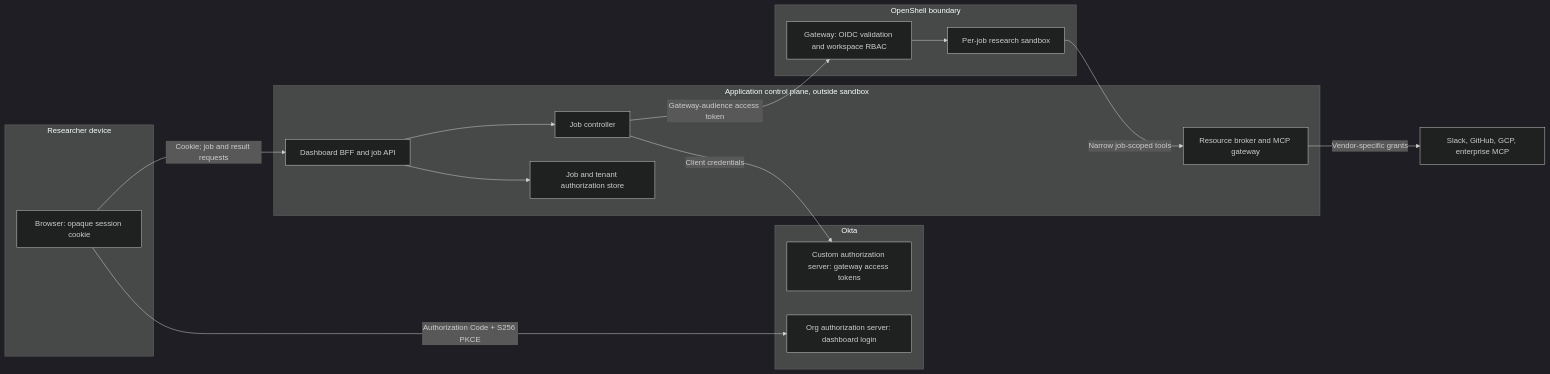
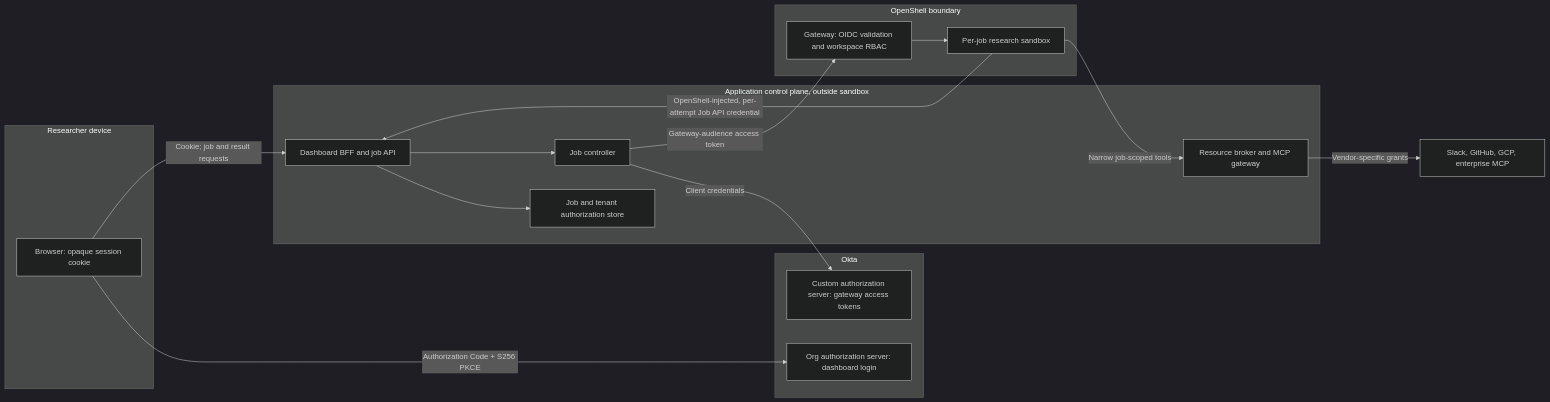
One commit to gvaibhav/openshell-deep-research-platform changed the first of 9 diagrams in docs/okta/requirements-and-design.md. Above: the diagram before and after it, drawn with Mermaid (dark theme). The commit also changed other lines of this file and 48 other files, not shown here.

````diff
--- a/docs/okta/requirements-and-design.md
+++ b/docs/okta/requirements-and-design.md
@@ -15,29 +15,30 @@
 ```mermaid
 flowchart LR
     subgraph UserDevice["Researcher device"]
       Browser["Browser: opaque session cookie"]
     end
     subgraph Control["Application control plane, outside sandbox"]
       BFF["Dashboard BFF and job API"]
       Controller["Job controller"]
       Broker["Resource broker and MCP gateway"]
       Store["Job and tenant authorization store"]
     end
     subgraph Identity["Okta"]
       LoginAS["Org authorization server: dashboard login"]
       GatewayAS["Custom authorization server: gateway access tokens"]
     end
     subgraph OpenShell["OpenShell boundary"]
       Gateway["Gateway: OIDC validation and workspace RBAC"]
       Sandbox["Per-job research sandbox"]
     end
     Browser -->|"Authorization Code + S256 PKCE"| LoginAS
     Browser -->|"Cookie; job and result requests"| BFF
     BFF --> Store
     BFF --> Controller
     Controller -->|"Client credentials"| GatewayAS
     Controller -->|"Gateway-audience access token"| Gateway
     Gateway --> Sandbox
+    Sandbox -->|"OpenShell-injected, per-attempt Job API credential"| BFF
     Sandbox -->|"Narrow job-scoped tools"| Broker
     Broker -->|"Vendor-specific grants"| Sources["Slack, GitHub, GCP, enterprise MCP"]
 ```
````
